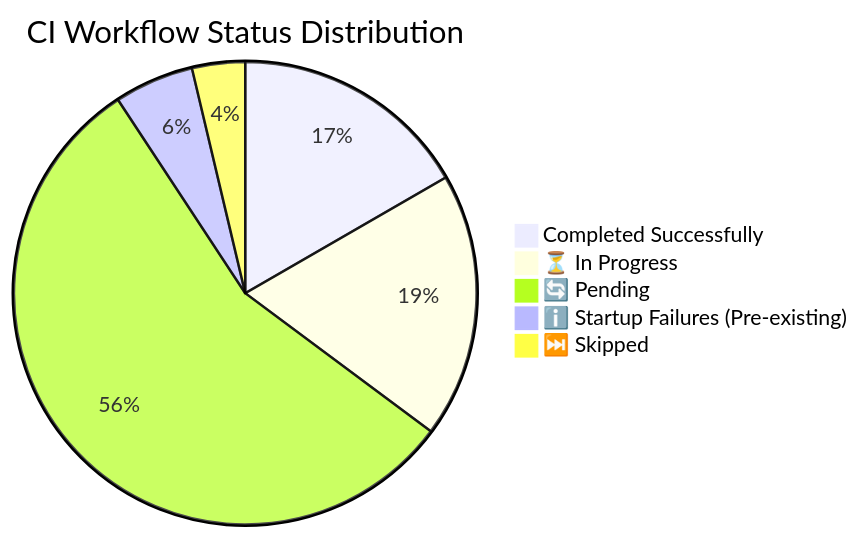
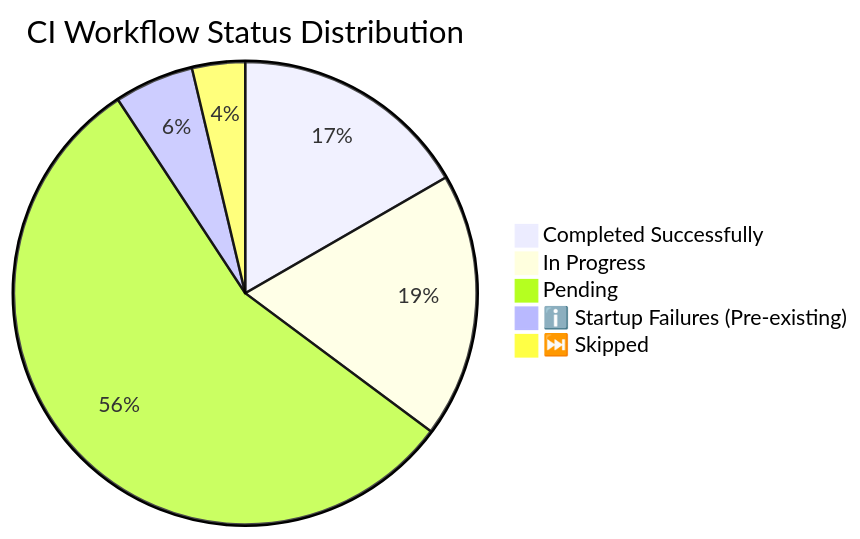
The second of 4 diagrams in docs/roadmap/PR4366_whats_next.md (Aries-Serpent/_codex_), drawn with Mermaid before and after one commit. The commit also changed other lines of this file and 1989 other files, not shown here.

````diff
--- a/docs/roadmap/PR4366_whats_next.md
+++ b/docs/roadmap/PR4366_whats_next.md
@@ -210,9 +210,9 @@
 ```mermaid
 %%{init: {'accessibility': {'title': 'Pie Chart'}}%%
 pie title CI Workflow Status Distribution
     " Completed Successfully" : 9
-    "⏳ In Progress" : 10
-    "🔄 Pending" : 30
+    " In Progress" : 10
+    " Pending" : 30
     "ℹ️ Startup Failures (Pre-existing)" : 3
     "⏭️ Skipped" : 2
 ```
````
